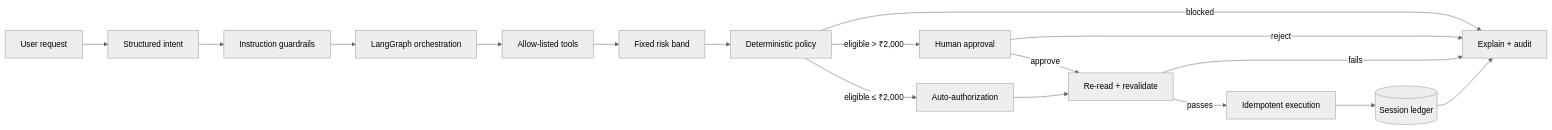
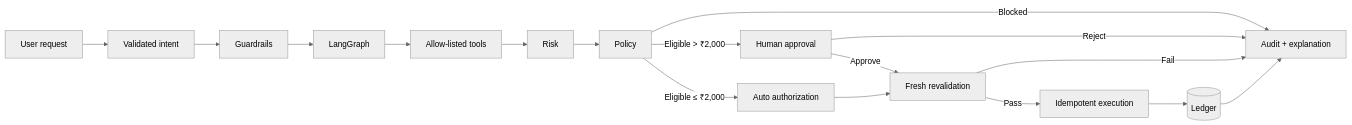
The diagram in README.md (vishwakarmamukul8791-code/paypilot-ai), drawn with Mermaid (neutral theme) before and after one commit. The commit also changed other lines of this file and 38 other files, not shown here.

````diff
--- a/README.md
+++ b/README.md
@@ -67,19 +139,19 @@
 ```mermaid
 flowchart LR
-    U[User request] --> I[Structured intent]
-    I --> D[Instruction guardrails]
-    D --> G[LangGraph orchestration]
-    G --> T[Allow-listed tools]
-    T --> R[Fixed risk band]
-    R --> P[Deterministic policy]
-    P -->|blocked| X[Explain + audit]
-    P -->|eligible ≤ ₹2,000| A[Auto-authorization]
-    P -->|eligible > ₹2,000| H[Human approval]
-    H -->|reject| X
-    H -->|approve| V[Re-read + revalidate]
+    U[User request] --> I[Validated intent]
+    I --> G[Guardrails]
+    G --> L[LangGraph]
+    L --> T[Allow-listed tools]
+    T --> R[Risk]
+    R --> P[Policy]
+    P -->|Blocked| X[Audit + explanation]
+    P -->|Eligible ≤ ₹2,000| A[Auto authorization]
+    P -->|Eligible > ₹2,000| H[Human approval]
+    H -->|Reject| X
+    H -->|Approve| V[Fresh revalidation]
     A --> V
-    V -->|fails| X
-    V -->|passes| E[Idempotent execution]
-    E --> L[(Session ledger)]
-    L --> X
+    V -->|Fail| X
+    V -->|Pass| E[Idempotent execution]
+    E --> D[(Ledger)]
+    D --> X
 ```
````
